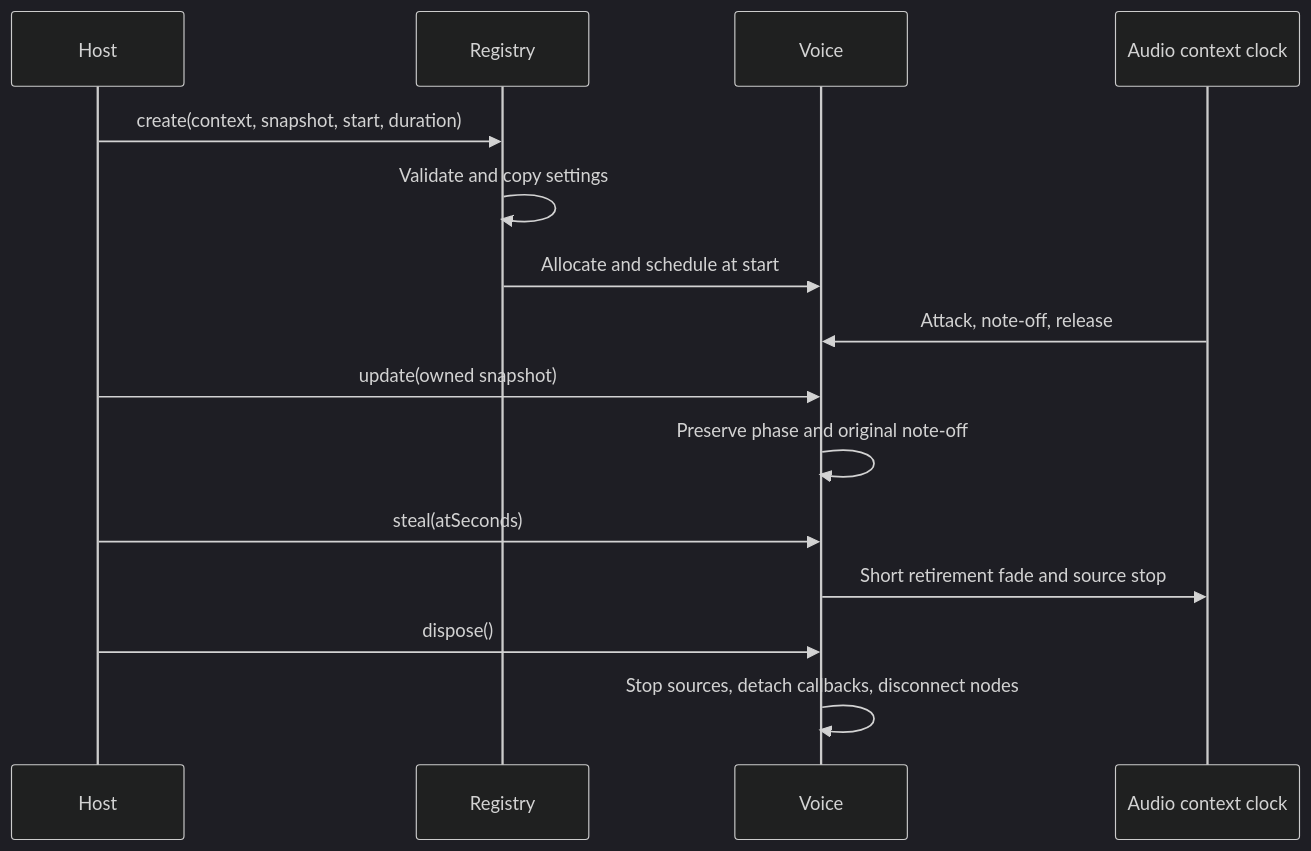
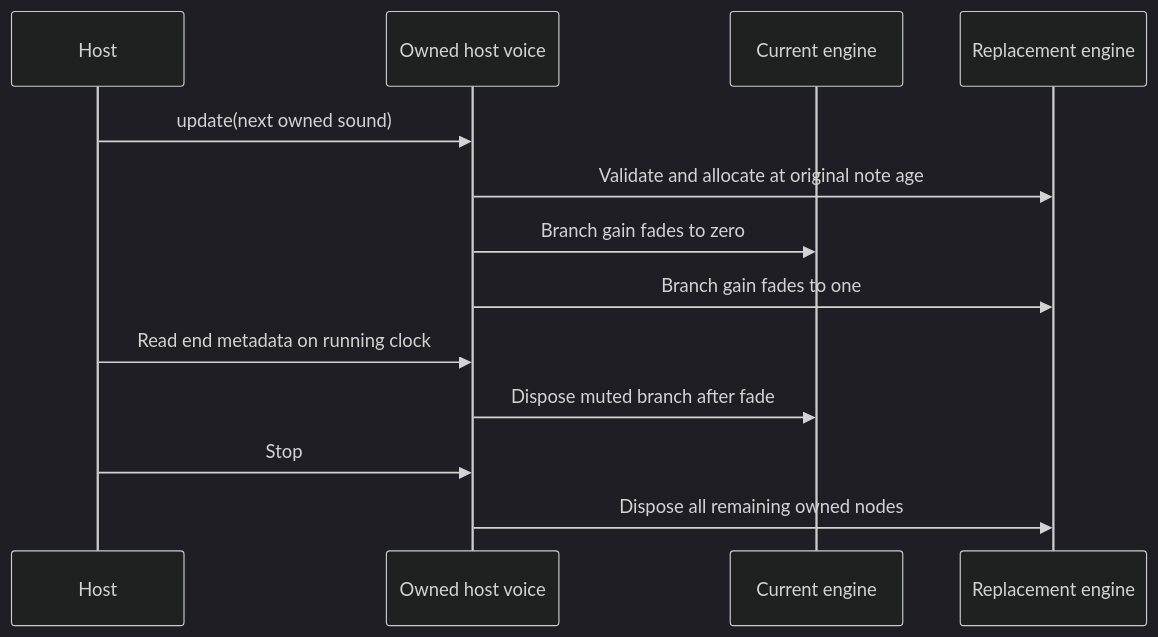
Before and after one commit to Monykus7/FourPataka: the second of 3 diagrams in docs/extensions/ENGINE_FOUNDATION.md, drawn with Mermaid (dark theme). The commit also changed other lines of this file and 10 other files, not shown here.

Commit message:
docs(engines): document schema4 contributors and cross-engine lifecycle

````diff
--- a/docs/extensions/ENGINE_FOUNDATION.md
+++ b/docs/extensions/ENGINE_FOUNDATION.md
@@ -70,17 +52,15 @@
 ```mermaid
 sequenceDiagram
     participant Host
-    participant Registry
-    participant Voice
-    participant Clock as Audio context clock
-    Host->>Registry: create(context, snapshot, start, duration)
-    Registry->>Registry: Validate and copy settings
-    Registry->>Voice: Allocate and schedule at start
-    Clock->>Voice: Attack, note-off, release
-    Host->>Voice: update(owned snapshot)
-    Voice->>Voice: Preserve phase and original note-off
-    Host->>Voice: steal(atSeconds)
-    Voice->>Clock: Short retirement fade and source stop
-    Host->>Voice: dispose()
-    Voice->>Voice: Stop sources, detach callbacks, disconnect nodes
+    participant Voice as Owned host voice
+    participant Old as Current engine
+    participant New as Replacement engine
+    Host->>Voice: update(next owned sound)
+    Voice->>New: Validate and allocate at original note age
+    Voice->>Old: Branch gain fades to zero
+    Voice->>New: Branch gain fades to one
+    Host->>Voice: Read end metadata on running clock
+    Voice->>Old: Dispose muted branch after fade
+    Host->>Voice: Stop
+    Voice->>New: Dispose all remaining owned nodes
 ```
````
